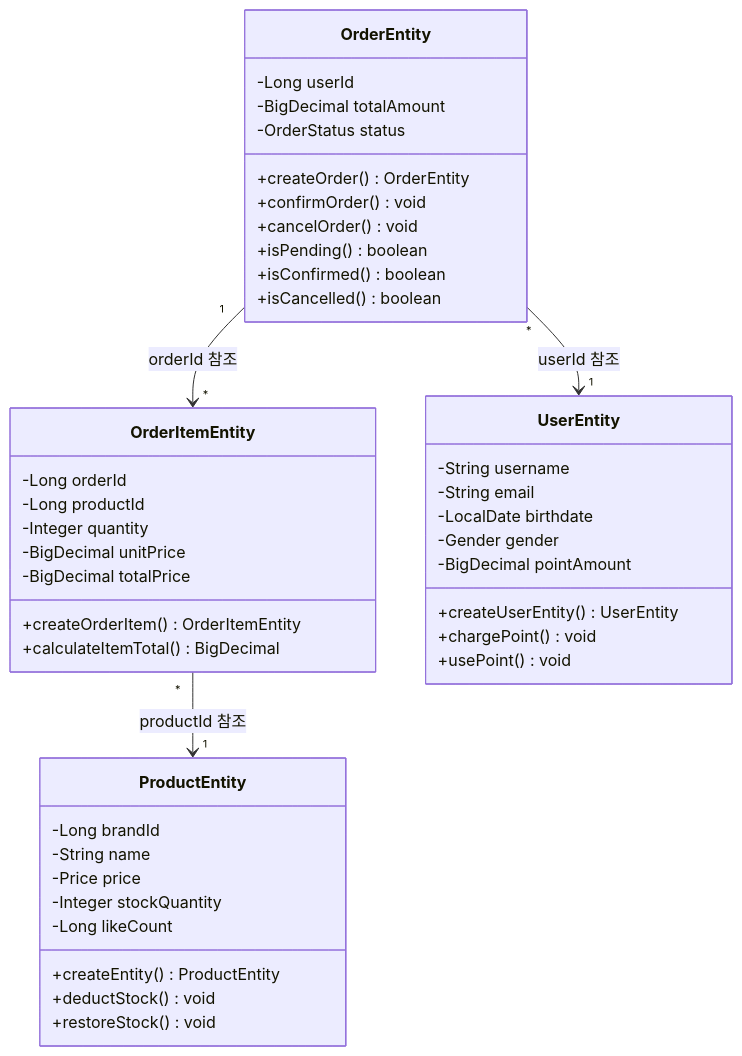
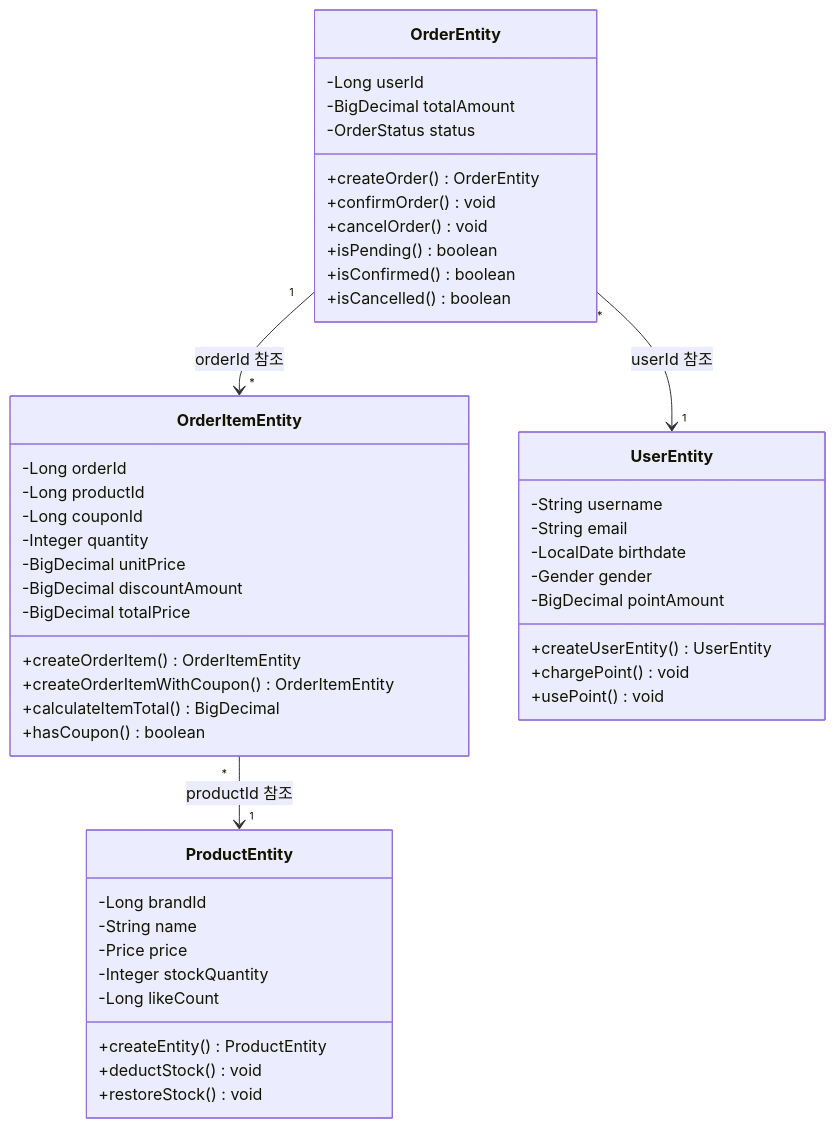
One commit to hyujikoh/loopers-spring-java-template changed the fifth of 6 diagrams in docs/week4/03-class-diagram.md. Above: the diagram before and after it, drawn with Mermaid. The commit also changed other lines of this file and 1 other file, not shown here.

First line of the commit message:
feat(coupon): 쿠폰 도메인 및 사용 이력 추가

````diff
--- a/docs/week4/03-class-diagram.md
+++ b/docs/week4/03-class-diagram.md
@@ -250,50 +279,54 @@
 ```mermaid
 classDiagram
     class OrderEntity {
         -Long userId
         -BigDecimal totalAmount
         -OrderStatus status
         +createOrder() OrderEntity
         +confirmOrder() void
         +cancelOrder() void
         +isPending() boolean
         +isConfirmed() boolean
         +isCancelled() boolean
     }
 
     class OrderItemEntity {
         -Long orderId
         -Long productId
+        -Long couponId
         -Integer quantity
         -BigDecimal unitPrice
+        -BigDecimal discountAmount
         -BigDecimal totalPrice
         +createOrderItem() OrderItemEntity
+        +createOrderItemWithCoupon() OrderItemEntity
         +calculateItemTotal() BigDecimal
+        +hasCoupon() boolean
     }
 
     class UserEntity {
         -String username
         -String email
         -LocalDate birthdate
         -Gender gender
         -BigDecimal pointAmount
         +createUserEntity() UserEntity
         +chargePoint() void
         +usePoint() void
     }
 
     class ProductEntity {
         -Long brandId
         -String name
         -Price price
         -Integer stockQuantity
         -Long likeCount
         +createEntity() ProductEntity
         +deductStock() void
         +restoreStock() void
     }
 
     OrderEntity "1" --> "*" OrderItemEntity : orderId 참조
     OrderEntity "*" --> "1" UserEntity : userId 참조
     OrderItemEntity "*" --> "1" ProductEntity : productId 참조
 ```
````
